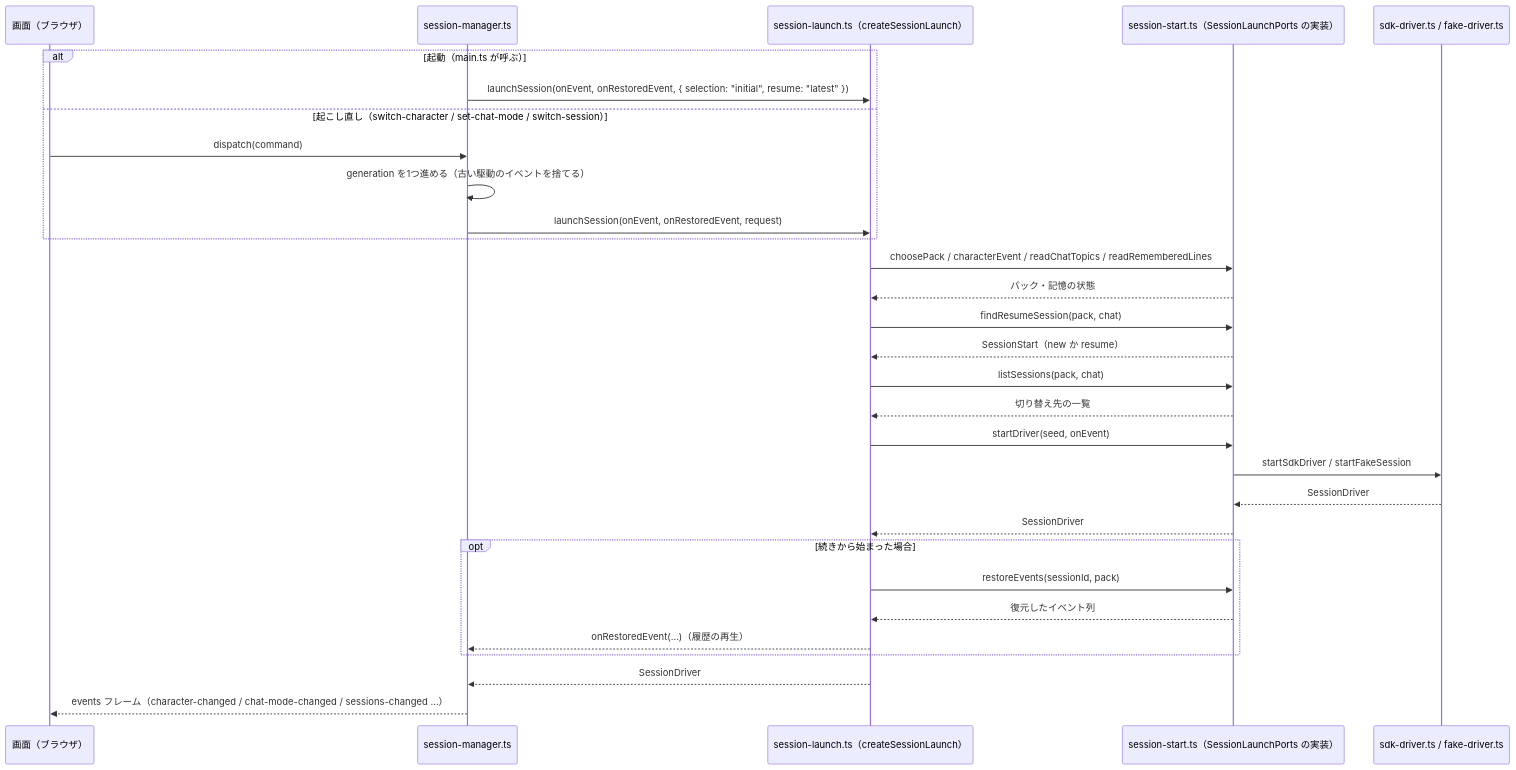
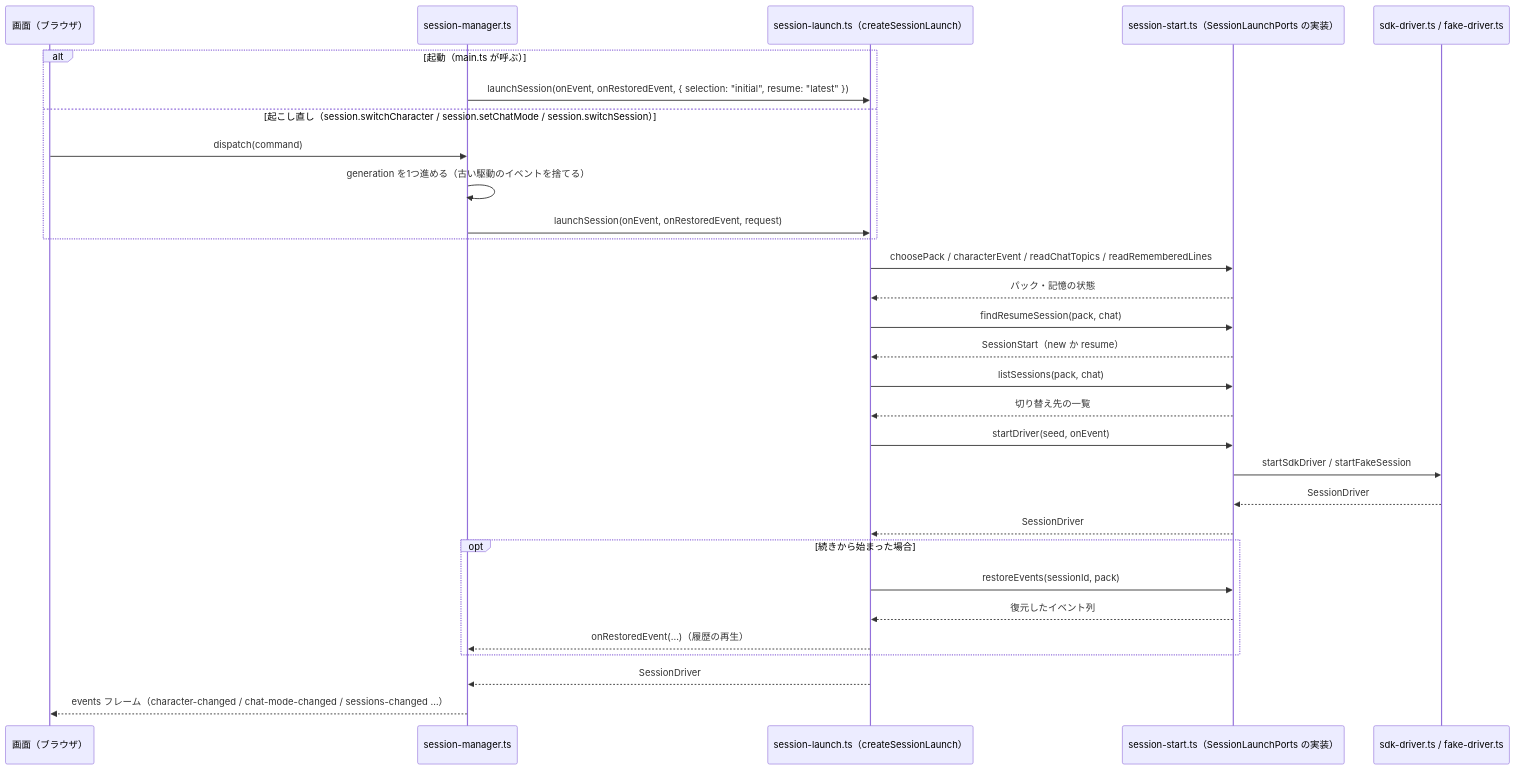
The diagram in docs/design.md (sinnlosses/tsukumo), drawn with Mermaid before and after one commit. The commit also changed other lines of this file and 109 other files, not shown here.

````diff
--- a/docs/design.md
+++ b/docs/design.md
@@ -1157,33 +1154,33 @@
 ```mermaid
 sequenceDiagram
     participant Client as 画面（ブラウザ）
     participant Manager as session-manager.ts
     participant Launch as session-launch.ts（createSessionLaunch）
     participant Wiring as session-start.ts（SessionLaunchPorts の実装）
     participant Driver as sdk-driver.ts / fake-driver.ts
 
     alt 起動（main.ts が呼ぶ）
         Manager->>Launch: launchSession(onEvent, onRestoredEvent, { selection: "initial", resume: "latest" })
-    else 起こし直し（switch-character / set-chat-mode / switch-session）
+    else 起こし直し（session.switchCharacter / session.setChatMode / session.switchSession）
         Client->>Manager: dispatch(command)
         Manager->>Manager: generation を1つ進める（古い駆動のイベントを捨てる）
         Manager->>Launch: launchSession(onEvent, onRestoredEvent, request)
     end
     Launch->>Wiring: choosePack / characterEvent / readChatTopics / readRememberedLines
     Wiring-->>Launch: パック・記憶の状態
     Launch->>Wiring: findResumeSession(pack, chat)
     Wiring-->>Launch: SessionStart（new か resume）
     Launch->>Wiring: listSessions(pack, chat)
     Wiring-->>Launch: 切り替え先の一覧
     Launch->>Wiring: startDriver(seed, onEvent)
     Wiring->>Driver: startSdkDriver / startFakeSession
     Driver-->>Wiring: SessionDriver
     Wiring-->>Launch: SessionDriver
     opt 続きから始まった場合
         Launch->>Wiring: restoreEvents(sessionId, pack)
         Wiring-->>Launch: 復元したイベント列
         Launch-->>Manager: onRestoredEvent(...)（履歴の再生）
     end
     Launch-->>Manager: SessionDriver
     Manager-->>Client: events フレーム（character-changed / chat-mode-changed / sessions-changed …）
 ```
````
